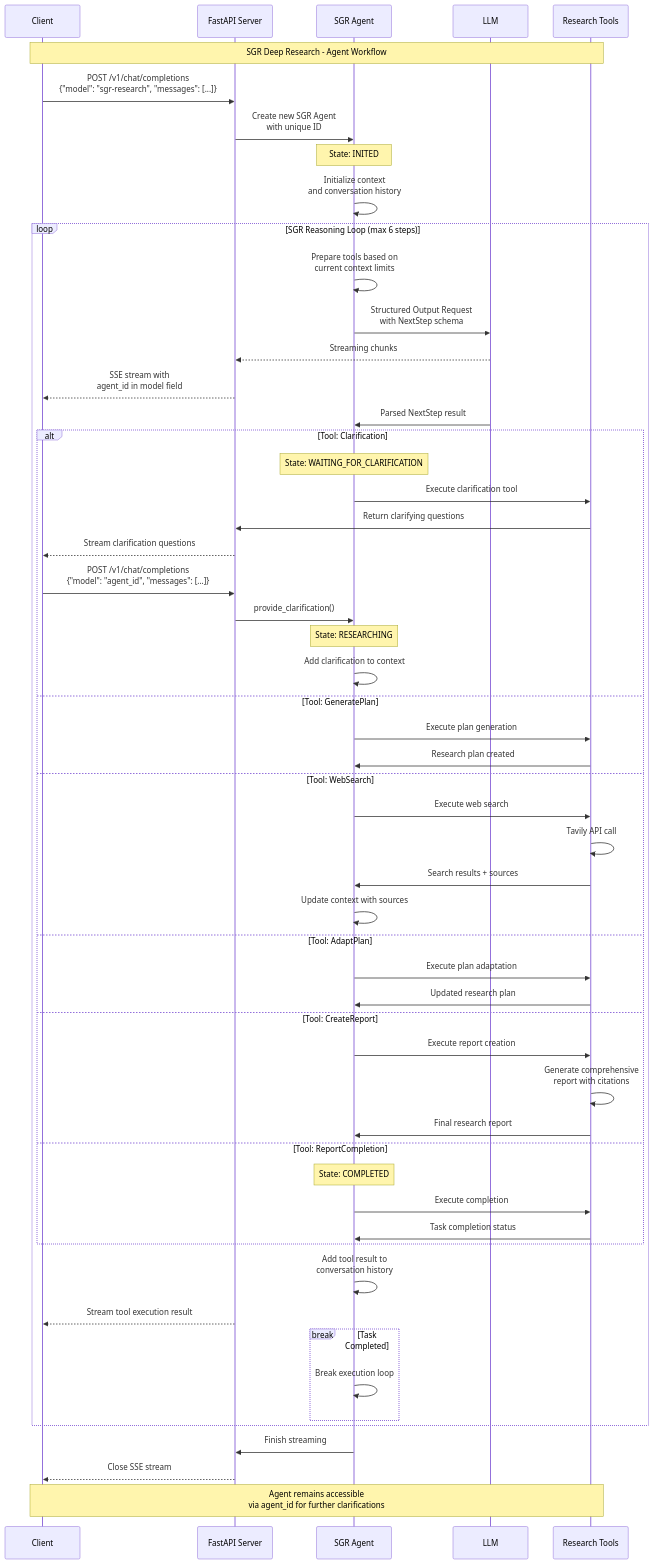
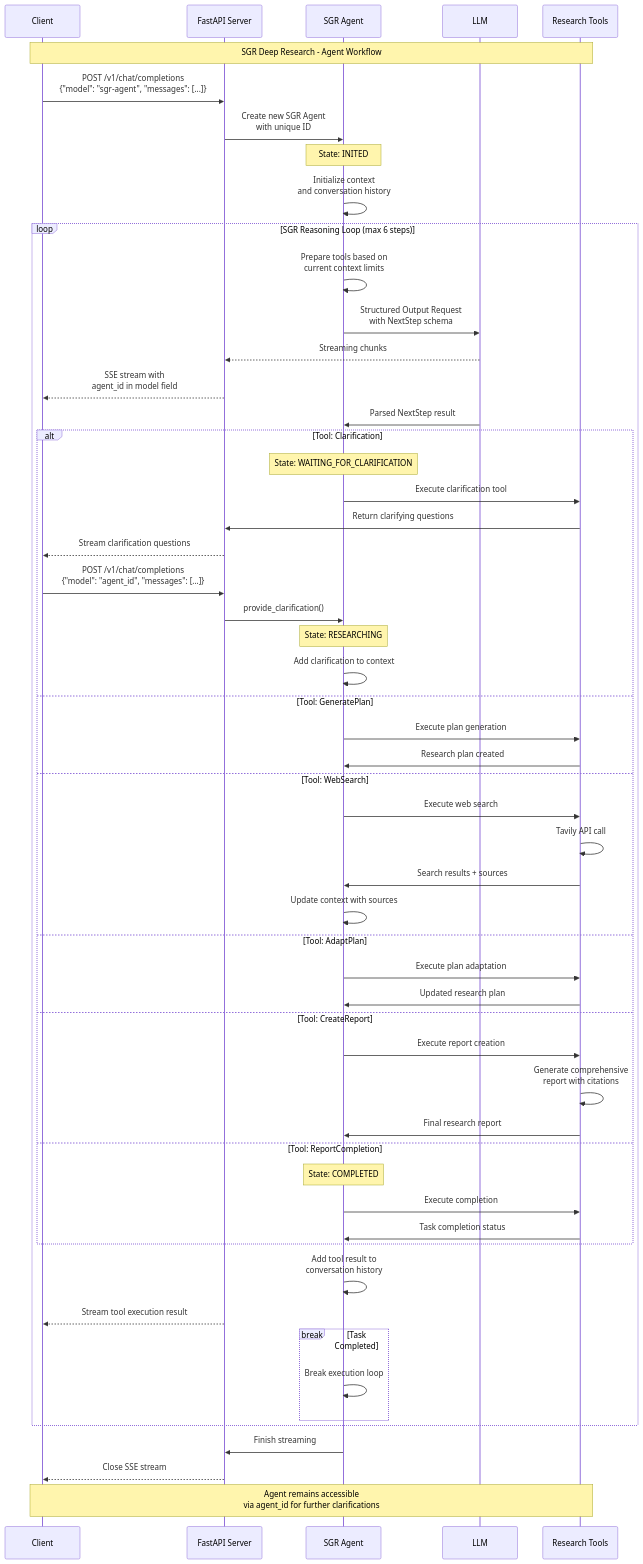
Before and after one commit to wiwindos/sgr-deep-research: the diagram in README.md, drawn with Mermaid. The commit also changed other lines of this file, not shown here.

Commit message:
Update model name in README examples

````diff
--- a/README.md
+++ b/README.md
@@ -286,75 +286,75 @@
 ```mermaid
 sequenceDiagram
     participant Client
     participant API as FastAPI Server
     participant Agent as SGR Agent
     participant LLM as LLM
     participant Tools as Research Tools
 
     Note over Client, Tools: SGR Deep Research - Agent Workflow
 
-    Client->>API: POST /v1/chat/completions<br/>{"model": "sgr-research", "messages": [...]}
+    Client->>API: POST /v1/chat/completions<br/>{"model": "sgr-agent", "messages": [...]}
 
     API->>Agent: Create new SGR Agent<br/>with unique ID
     Note over Agent: State: INITED
 
     Agent->>Agent: Initialize context<br/>and conversation history
 
     loop SGR Reasoning Loop (max 6 steps)
         Agent->>Agent: Prepare tools based on<br/>current context limits
         Agent->>LLM: Structured Output Request<br/>with NextStep schema
 
         LLM-->>API: Streaming chunks
         API-->>Client: SSE stream with<br/>agent_id in model field
 
         LLM->>Agent: Parsed NextStep result
 
         alt Tool: Clarification
             Note over Agent: State: WAITING_FOR_CLARIFICATION
             Agent->>Tools: Execute clarification tool
             Tools->>API: Return clarifying questions
             API-->>Client: Stream clarification questions
 
             Client->>API: POST /v1/chat/completions<br/>{"model": "agent_id", "messages": [...]}
             API->>Agent: provide_clarification()
             Note over Agent: State: RESEARCHING
             Agent->>Agent: Add clarification to context
 
         else Tool: GeneratePlan
             Agent->>Tools: Execute plan generation
             Tools->>Agent: Research plan created
 
         else Tool: WebSearch
             Agent->>Tools: Execute web search
             Tools->>Tools: Tavily API call
             Tools->>Agent: Search results + sources
             Agent->>Agent: Update context with sources
 
         else Tool: AdaptPlan
             Agent->>Tools: Execute plan adaptation
             Tools->>Agent: Updated research plan
 
         else Tool: CreateReport
             Agent->>Tools: Execute report creation
             Tools->>Tools: Generate comprehensive<br/>report with citations
             Tools->>Agent: Final research report
 
         else Tool: ReportCompletion
             Note over Agent: State: COMPLETED
             Agent->>Tools: Execute completion
             Tools->>Agent: Task completion status
         end
 
         Agent->>Agent: Add tool result to<br/>conversation history
         API-->>Client: Stream tool execution result
 
         break Task Completed
             Agent->>Agent: Break execution loop
         end
     end
 
     Agent->>API: Finish streaming
     API-->>Client: Close SSE stream
 
     Note over Client, Tools: Agent remains accessible<br/>via agent_id for further clarifications
 ```
````
